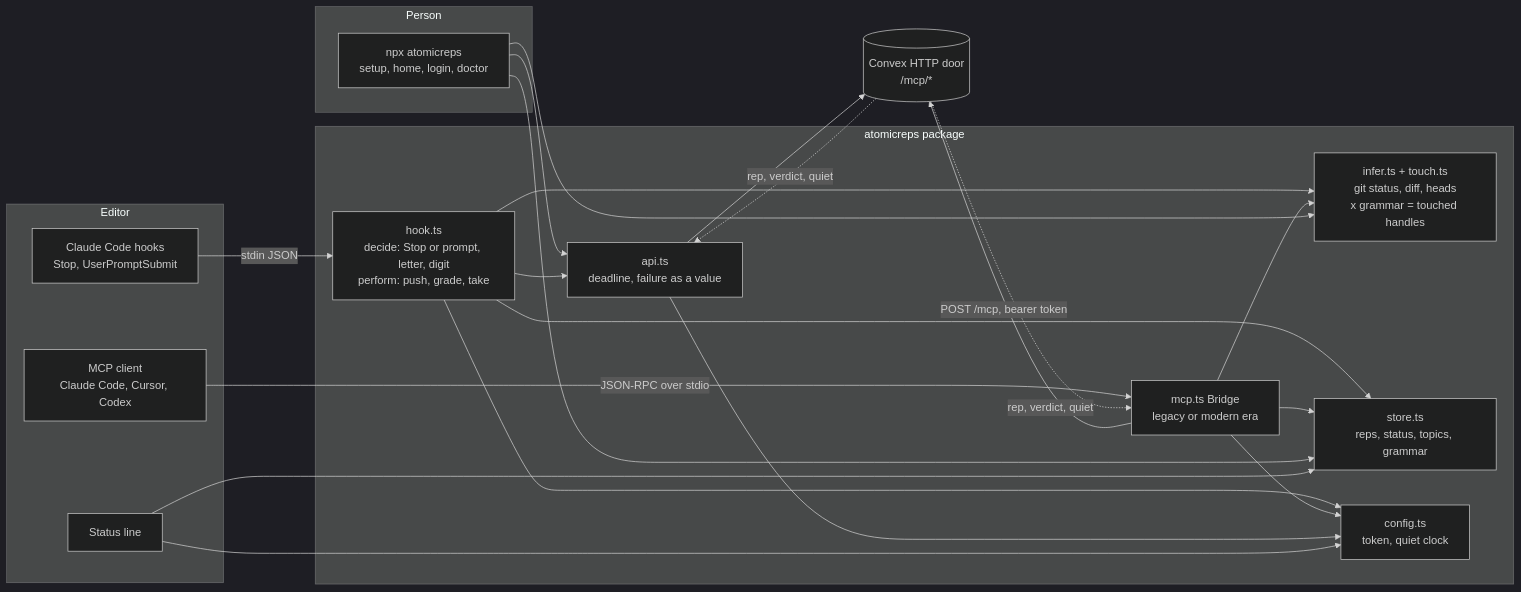
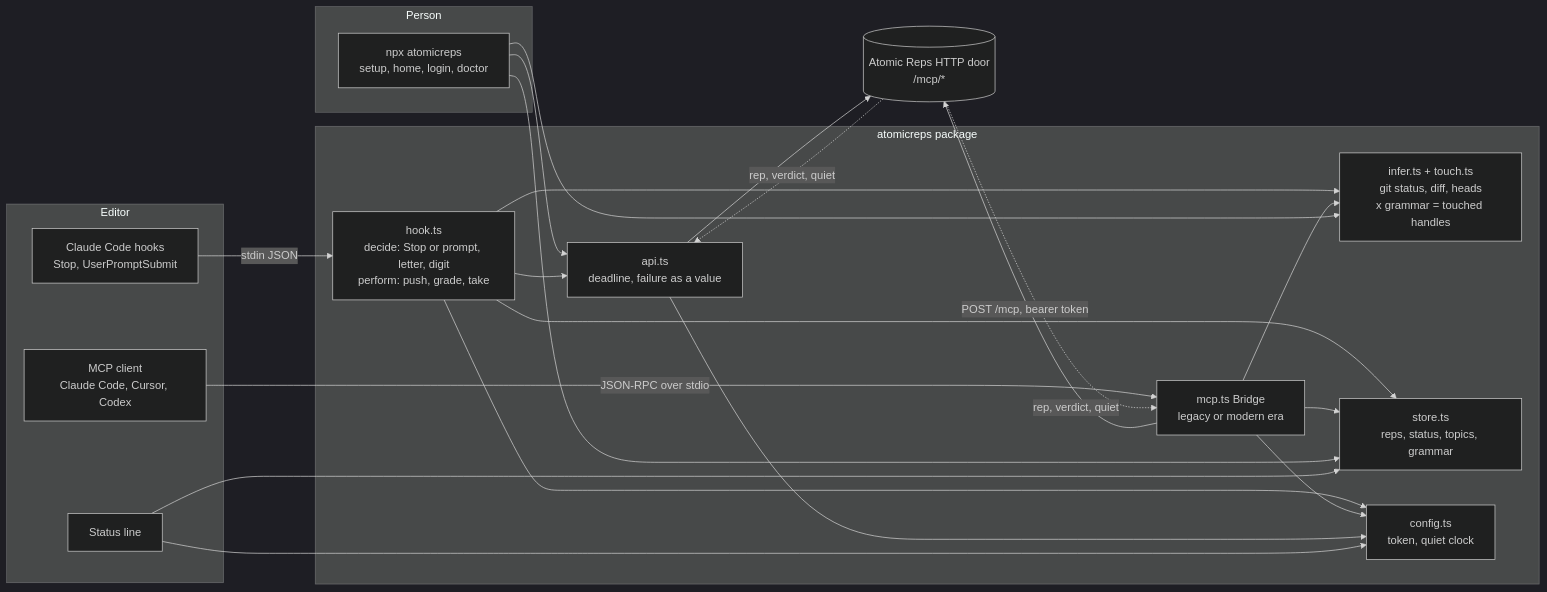
One commit to atomicreps/cli changed the diagram in README.md. Above: the diagram before and after it, drawn with Mermaid (dark theme). The commit also changed other lines of this file and 29 other files, not shown here.

First line of the commit message:
Atomic Reps CLI 0.0.4

````diff
--- a/README.md
+++ b/README.md
@@ -36,40 +37,40 @@
 ```mermaid
 flowchart LR
   subgraph editor [Editor]
     CC[Claude Code hooks<br/>Stop, UserPromptSubmit]
     MC[MCP client<br/>Claude Code, Cursor, Codex]
     SL[Status line]
   end
   subgraph person [Person]
     TUI[npx atomicreps<br/>setup, home, login, doctor]
   end
   subgraph pkg [atomicreps package]
     HOOK[hook.ts<br/>decide: Stop or prompt, letter, digit<br/>perform: push, grade, take]
     BRIDGE[mcp.ts Bridge<br/>legacy or modern era]
     INFER[infer.ts + touch.ts<br/>git status, diff, heads<br/>x grammar = touched handles]
     STORE[store.ts<br/>reps, status, topics, grammar]
     CFG[config.ts<br/>token, quiet clock]
     API[api.ts<br/>deadline, failure as a value]
   end
-  DOOR[(Convex HTTP door<br/>/mcp/*)]
+  DOOR[(Atomic Reps HTTP door<br/>/mcp/*)]
 
   CC -->|stdin JSON| HOOK
   MC -->|JSON-RPC over stdio| BRIDGE
   TUI --> API
   HOOK --> INFER
   BRIDGE --> INFER
   TUI --> INFER
   HOOK --> API
   BRIDGE -->|POST /mcp, bearer token| DOOR
   API --> DOOR
   HOOK --> STORE
   BRIDGE --> STORE
   TUI --> STORE
   HOOK --> CFG
   BRIDGE --> CFG
   API --> CFG
   SL --> STORE
   SL --> CFG
   DOOR -.->|rep, verdict, quiet| BRIDGE
   DOOR -.->|rep, verdict, quiet| API
 ```
````
